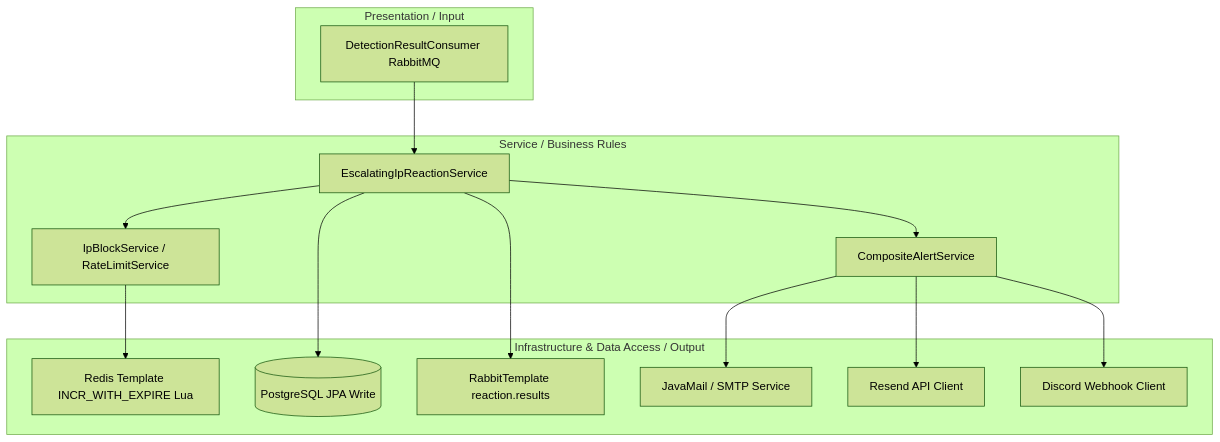
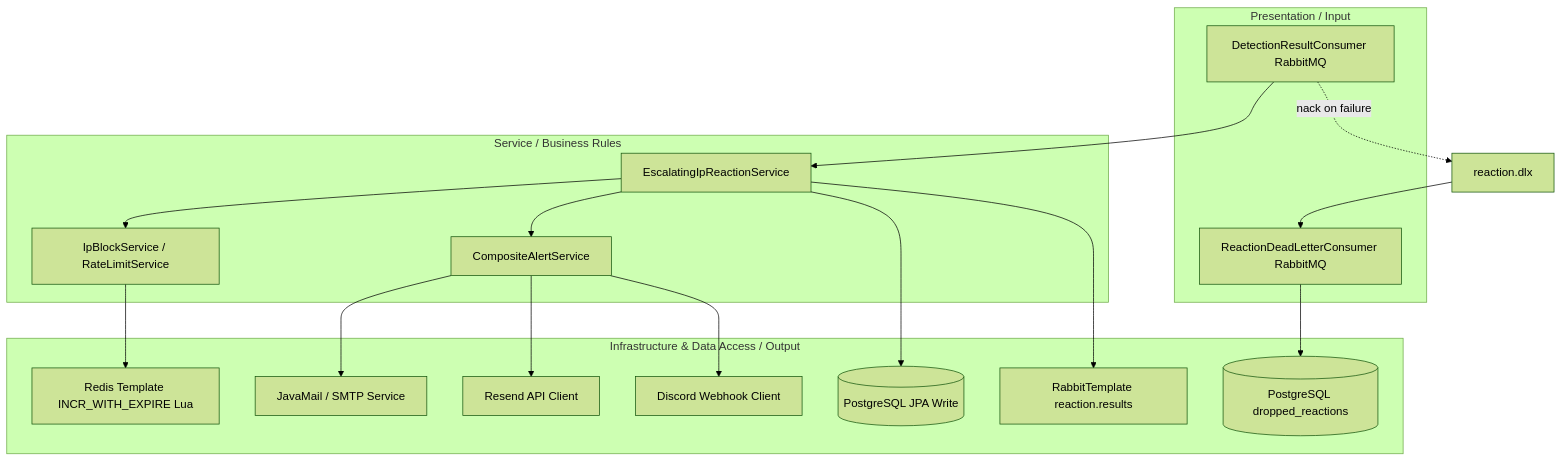
One commit to nvh12/log-analyzer changed the diagram in docs/ReactionService.md. Above: the diagram before and after it, drawn with Mermaid (forest theme). The commit also changed other lines of this file and 45 other files, not shown here.

````diff
--- a/docs/ReactionService.md
+++ b/docs/ReactionService.md
@@ -15,31 +15,36 @@
 ```mermaid
 graph TD
     subgraph Presentation / Input
         Consumer[DetectionResultConsumer RabbitMQ]
+        DlqConsumer[ReactionDeadLetterConsumer RabbitMQ]
     end
 
     subgraph Service / Business Rules
         Escalation[EscalatingIpReactionService]
         AlertComposite[CompositeAlertService]
         IpBlock[IpBlockService / RateLimitService]
     end
 
     subgraph Infrastructure & Data Access / Output
         RedisLua[Redis Template INCR_WITH_EXPIRE Lua]
         Postgres[(PostgreSQL JPA Write)]
+        DroppedPostgres[(PostgreSQL dropped_reactions)]
         Publisher[RabbitTemplate reaction.results]
         SMTP[JavaMail / SMTP Service]
         Resend[Resend API Client]
         Discord[Discord Webhook Client]
     end
 
     Consumer --> Escalation
     Escalation --> IpBlock
     IpBlock --> RedisLua
     Escalation --> AlertComposite
     AlertComposite --> SMTP
     AlertComposite --> Resend
     AlertComposite --> Discord
     Escalation --> Postgres
     Escalation --> Publisher
+    Consumer -. nack on failure -.-> DLX[reaction.dlx]
+    DLX --> DlqConsumer
+    DlqConsumer --> DroppedPostgres
 ```
````
